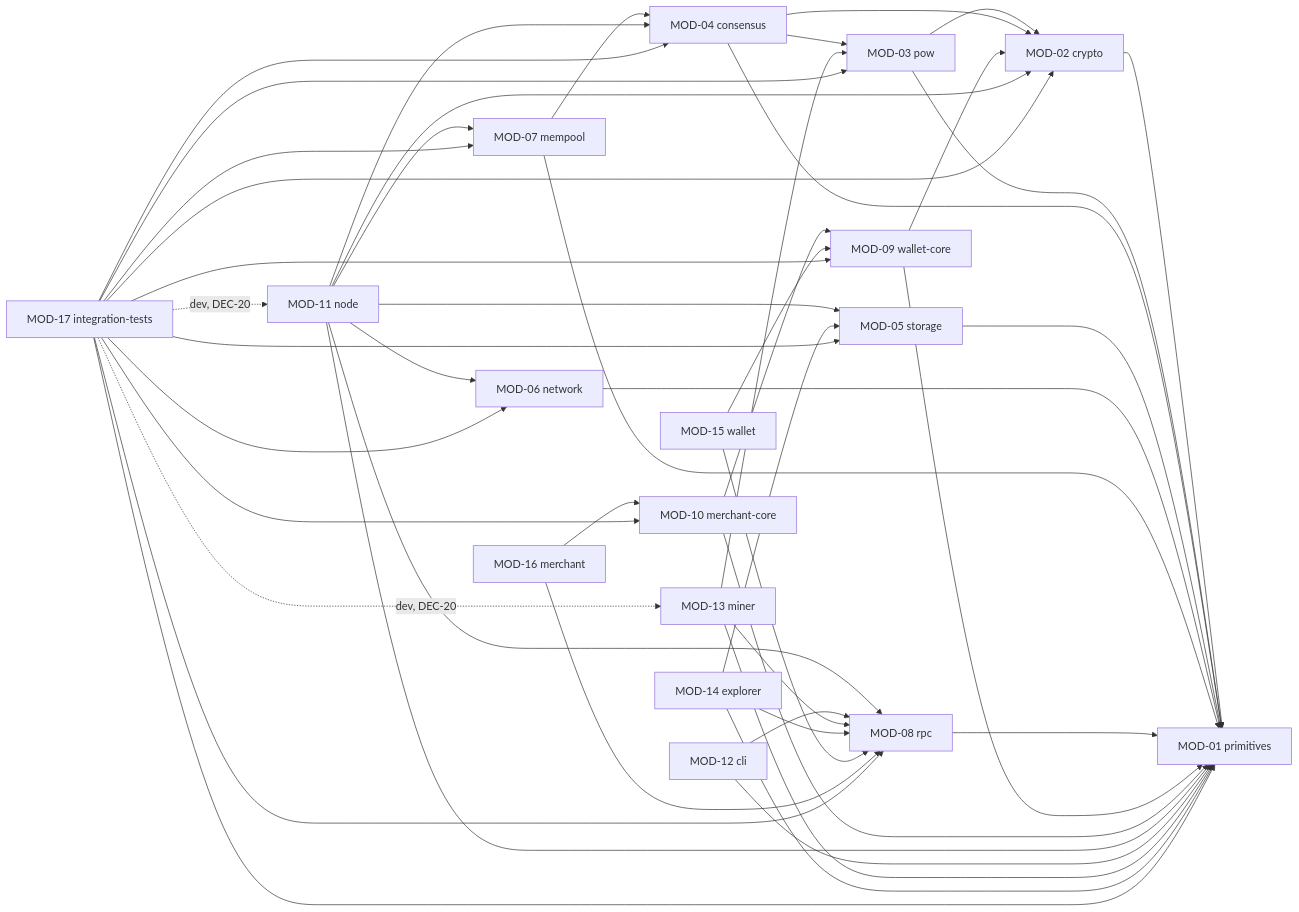
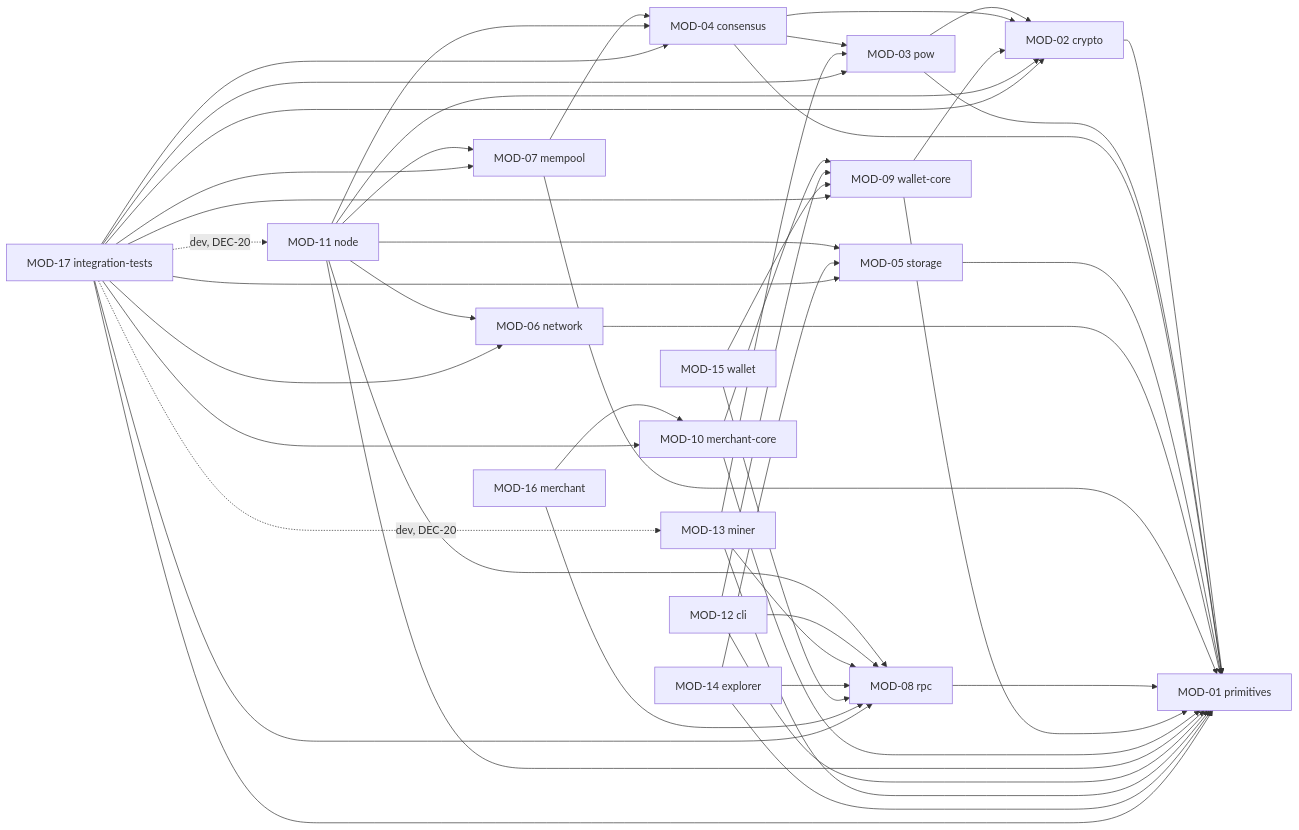
The diagram in docs/system-map.md (ratuaurion-dev/zevrigo), drawn with Mermaid before and after one commit. The commit also changed other lines of this file and 10 other files, not shown here.

````diff
--- a/docs/system-map.md
+++ b/docs/system-map.md
@@ -31,74 +31,75 @@
 ```mermaid
 graph LR
     MOD01["MOD-01 primitives"]
     MOD02["MOD-02 crypto"]
     MOD03["MOD-03 pow"]
     MOD04["MOD-04 consensus"]
     MOD05["MOD-05 storage"]
     MOD06["MOD-06 network"]
     MOD07["MOD-07 mempool"]
     MOD08["MOD-08 rpc"]
     MOD09["MOD-09 wallet-core"]
     MOD10["MOD-10 merchant-core"]
     MOD11["MOD-11 node"]
     MOD12["MOD-12 cli"]
     MOD13["MOD-13 miner"]
     MOD14["MOD-14 explorer"]
     MOD15["MOD-15 wallet"]
     MOD16["MOD-16 merchant"]
     MOD17["MOD-17 integration-tests"]
 
     MOD02 --> MOD01
     MOD03 --> MOD01
     MOD03 --> MOD02
     MOD04 --> MOD01
     MOD04 --> MOD02
     MOD04 --> MOD03
     MOD05 --> MOD01
     MOD06 --> MOD01
     MOD07 --> MOD01
     MOD07 --> MOD04
     MOD08 --> MOD01
     MOD09 --> MOD01
     MOD09 --> MOD02
     MOD10 --> MOD01
     MOD10 --> MOD09
 
     MOD11 --> MOD01
     MOD11 --> MOD02
     MOD11 --> MOD04
     MOD11 --> MOD05
     MOD11 --> MOD06
     MOD11 --> MOD07
     MOD11 --> MOD08
 
     MOD12 --> MOD01
     MOD12 --> MOD08
+    MOD12 --> MOD09
 
     MOD13 --> MOD01
     MOD13 --> MOD03
     MOD13 --> MOD08
 
     MOD14 --> MOD01
     MOD14 --> MOD05
     MOD14 --> MOD08
 
     MOD15 --> MOD08
     MOD15 --> MOD09
 
     MOD16 --> MOD08
     MOD16 --> MOD10
 
     MOD17 --> MOD01
     MOD17 --> MOD02
     MOD17 --> MOD03
     MOD17 --> MOD04
     MOD17 --> MOD05
     MOD17 --> MOD06
     MOD17 --> MOD07
     MOD17 --> MOD08
     MOD17 --> MOD09
     MOD17 --> MOD10
     MOD17 -.->|dev, DEC-20| MOD11
     MOD17 -.->|dev, DEC-20| MOD13
 ```
````
